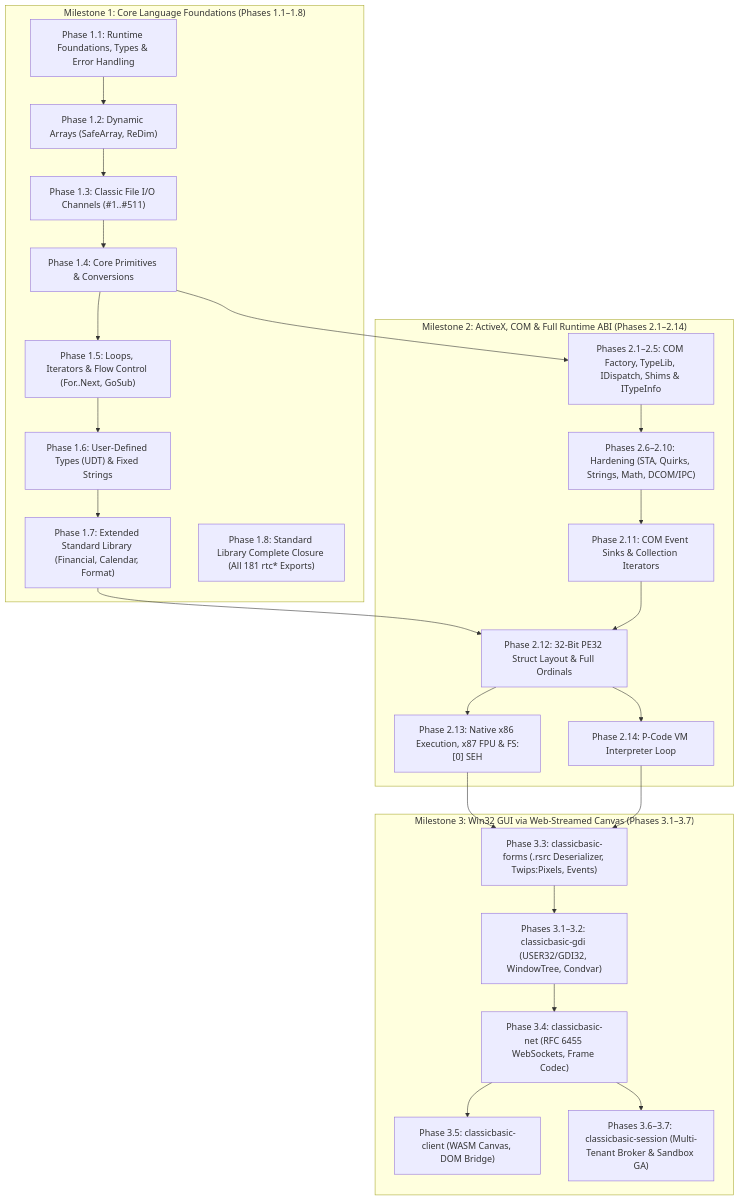
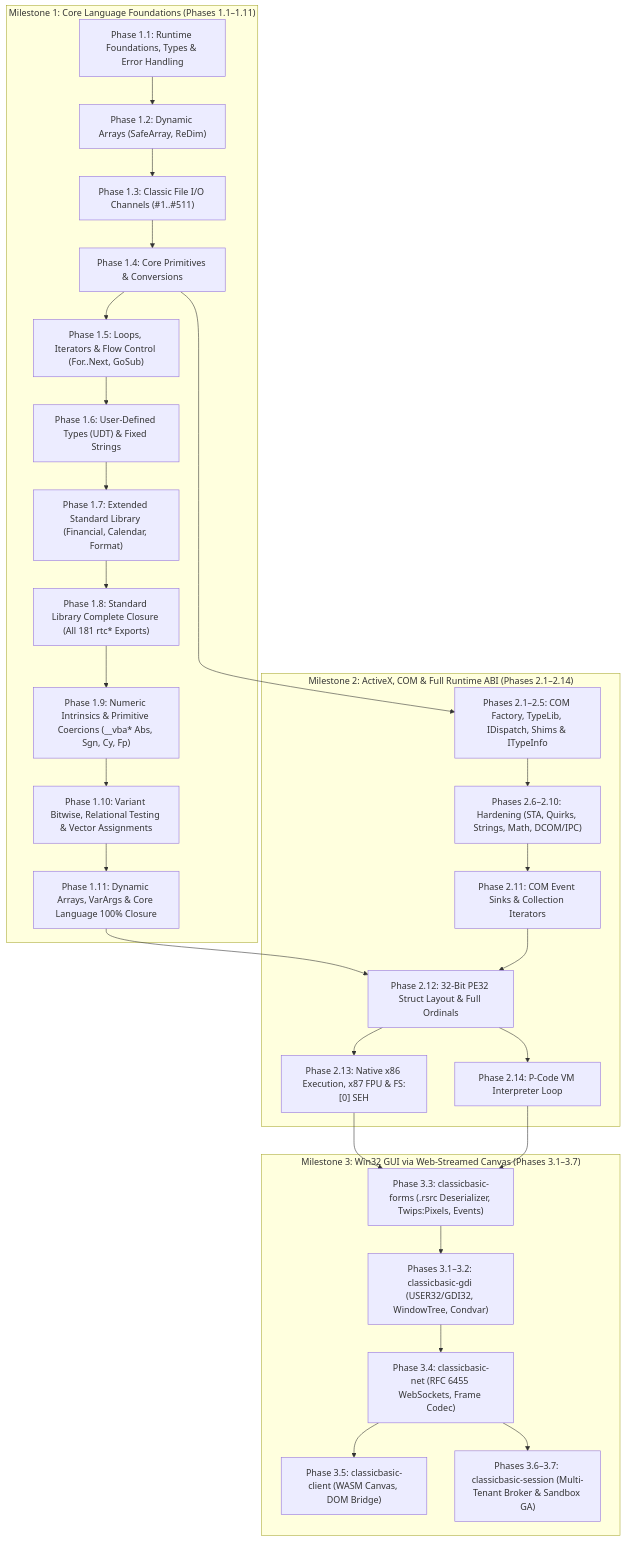
Before and after one commit to victoria-devs/classicbasic: the diagram in ROADMAP.md, drawn with Mermaid. The commit also changed other lines of this file and 3 other files, not shown here.

First line of the commit message:
docs(roadmap): plan Phases 1.9-1.11 for 100% Core Language closure and wire 442 ordinals

````diff
--- a/ROADMAP.md
+++ b/ROADMAP.md
@@ -91,50 +95,57 @@
 ```mermaid
 flowchart TD
-    subgraph Milestone1["Milestone 1: Core Language Foundations (Phases 1.1–1.8)"]
+    subgraph Milestone1["Milestone 1: Core Language Foundations (Phases 1.1–1.11)"]
         M1_P1["Phase 1.1: Runtime Foundations, Types & Error Handling"]
         M1_P2["Phase 1.2: Dynamic Arrays (SafeArray, ReDim)"]
         M1_P3["Phase 1.3: Classic File I/O Channels (#1..#511)"]
         M1_P4["Phase 1.4: Core Primitives & Conversions"]
         M1_P5["Phase 1.5: Loops, Iterators & Flow Control (For..Next, GoSub)"]
         M1_P6["Phase 1.6: User-Defined Types (UDT) & Fixed Strings"]
         M1_P7["Phase 1.7: Extended Standard Library (Financial, Calendar, Format)"]
         M1_P8["Phase 1.8: Standard Library Complete Closure (All 181 rtc* Exports)"]
+        M1_P9["Phase 1.9: Numeric Intrinsics & Primitive Coercions (__vba* Abs, Sgn, Cy, Fp)"]
+        M1_P10["Phase 1.10: Variant Bitwise, Relational Testing & Vector Assignments"]
+        M1_P11["Phase 1.11: Dynamic Arrays, VarArgs & Core Language 100% Closure"]
     end
 
     subgraph Milestone2["Milestone 2: ActiveX, COM & Full Runtime ABI (Phases 2.1–2.14)"]
         M2_P1["Phases 2.1–2.5: COM Factory, TypeLib, IDispatch, Shims & ITypeInfo"]
         M2_P6["Phases 2.6–2.10: Hardening (STA, Quirks, Strings, Math, DCOM/IPC)"]
         M2_P11["Phase 2.11: COM Event Sinks & Collection Iterators"]
         M2_P12["Phase 2.12: 32-Bit PE32 Struct Layout & Full Ordinals"]
         M2_P13["Phase 2.13: Native x86 Execution, x87 FPU & FS:[0] SEH"]
         M2_P14["Phase 2.14: P-Code VM Interpreter Loop"]
     end
 
     subgraph Milestone3["Milestone 3: Win32 GUI via Web-Streamed Canvas (Phases 3.1–3.7)"]
         M3_GDI["Phases 3.1–3.2: classicbasic-gdi (USER32/GDI32, WindowTree, Condvar)"]
         M3_Forms["Phase 3.3: classicbasic-forms (.rsrc Deserializer, Twips:Pixels, Events)"]
         M3_Net["Phase 3.4: classicbasic-net (RFC 6455 WebSockets, Frame Codec)"]
         M3_Client["Phase 3.5: classicbasic-client (WASM Canvas, DOM Bridge)"]
         M3_Broker["Phases 3.6–3.7: classicbasic-session (Multi-Tenant Broker & Sandbox GA)"]
     end
 
     M1_P1 --> M1_P2
     M1_P2 --> M1_P3
     M1_P3 --> M1_P4
     M1_P4 --> M1_P5
     M1_P5 --> M1_P6
     M1_P6 --> M1_P7
+    M1_P7 --> M1_P8
+    M1_P8 --> M1_P9
+    M1_P9 --> M1_P10
+    M1_P10 --> M1_P11
     M1_P4 --> M2_P1
     M2_P1 --> M2_P6
     M2_P6 --> M2_P11
-    M1_P7 --> M2_P12
+    M1_P11 --> M2_P12
     M2_P11 --> M2_P12
     M2_P12 --> M2_P13
     M2_P12 --> M2_P14
     M2_P13 --> M3_Forms
     M2_P14 --> M3_Forms
     M3_Forms --> M3_GDI
     M3_GDI --> M3_Net
     M3_Net --> M3_Client
     M3_Net --> M3_Broker
 ```
````
